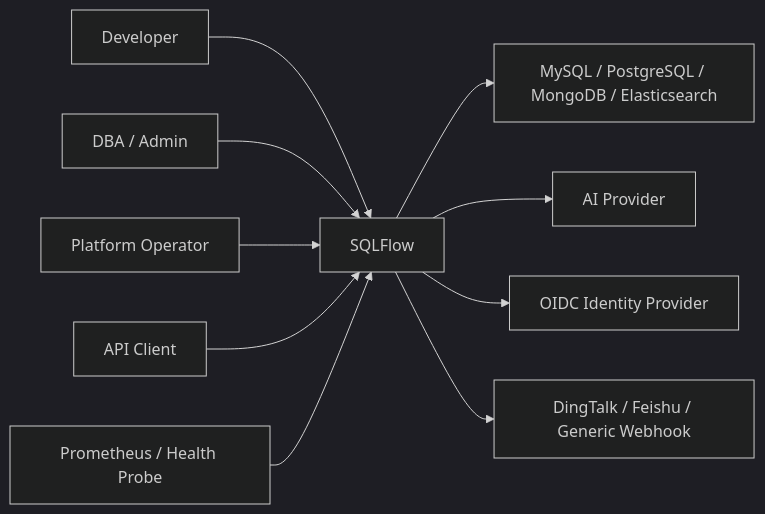
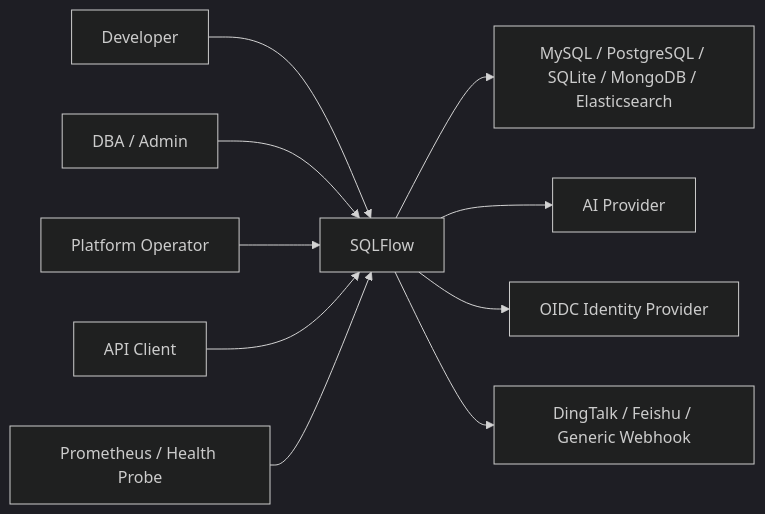
Before and after one commit to whg517/sqlflow: the first of 5 diagrams in docs/ARCHITECTURE.md, drawn with Mermaid (dark theme). The commit also changed other lines of this file and 13 other files, not shown here.

````diff
--- a/docs/ARCHITECTURE.md
+++ b/docs/ARCHITECTURE.md
@@ -26,13 +30,13 @@
 ```mermaid
 flowchart LR
     Developer["Developer"] --> SQLFlow["SQLFlow"]
     DBA["DBA / Admin"] --> SQLFlow
     Operator["Platform Operator"] --> SQLFlow
     APIClient["API Client"] --> SQLFlow
 
-    SQLFlow --> Targets["MySQL / PostgreSQL / MongoDB / Elasticsearch"]
+    SQLFlow --> Targets["MySQL / PostgreSQL / SQLite / MongoDB / Elasticsearch"]
     SQLFlow --> AI["AI Provider"]
     SQLFlow --> IdP["OIDC Identity Provider"]
     SQLFlow --> Notify["DingTalk / Feishu / Generic Webhook"]
     Monitor["Prometheus / Health Probe"] --> SQLFlow
 ```
````
